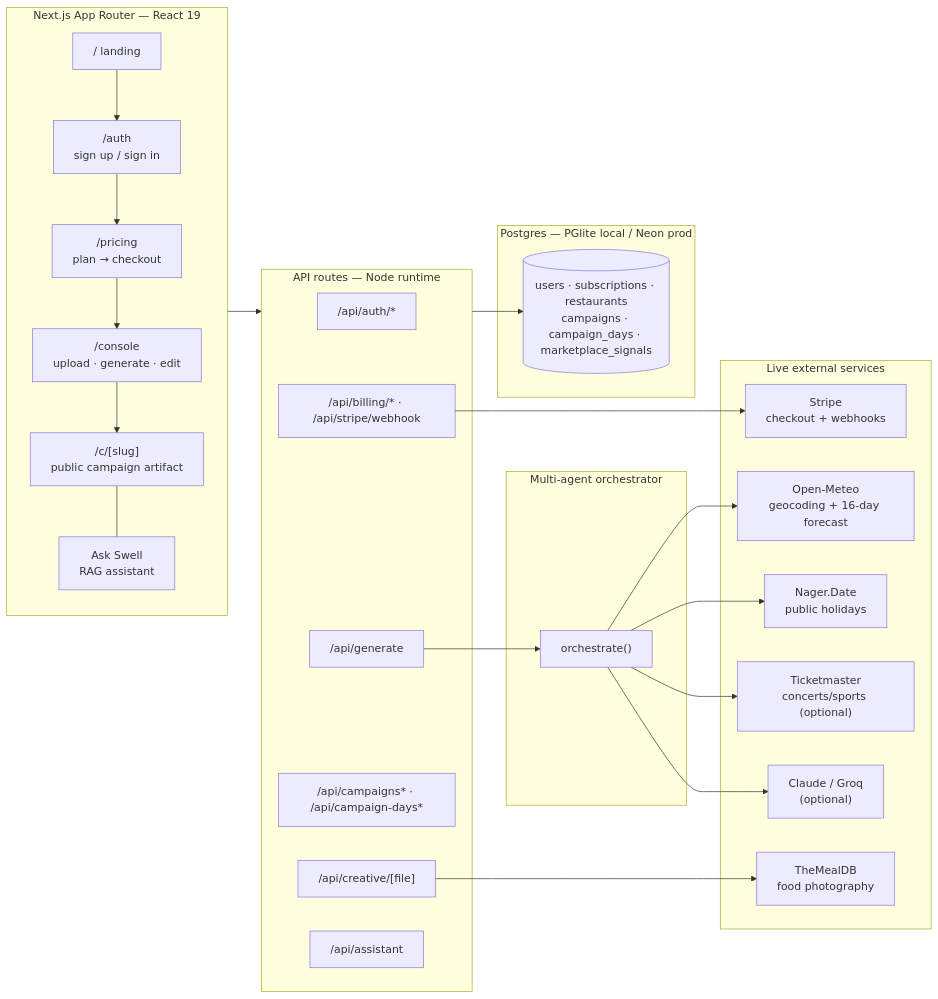
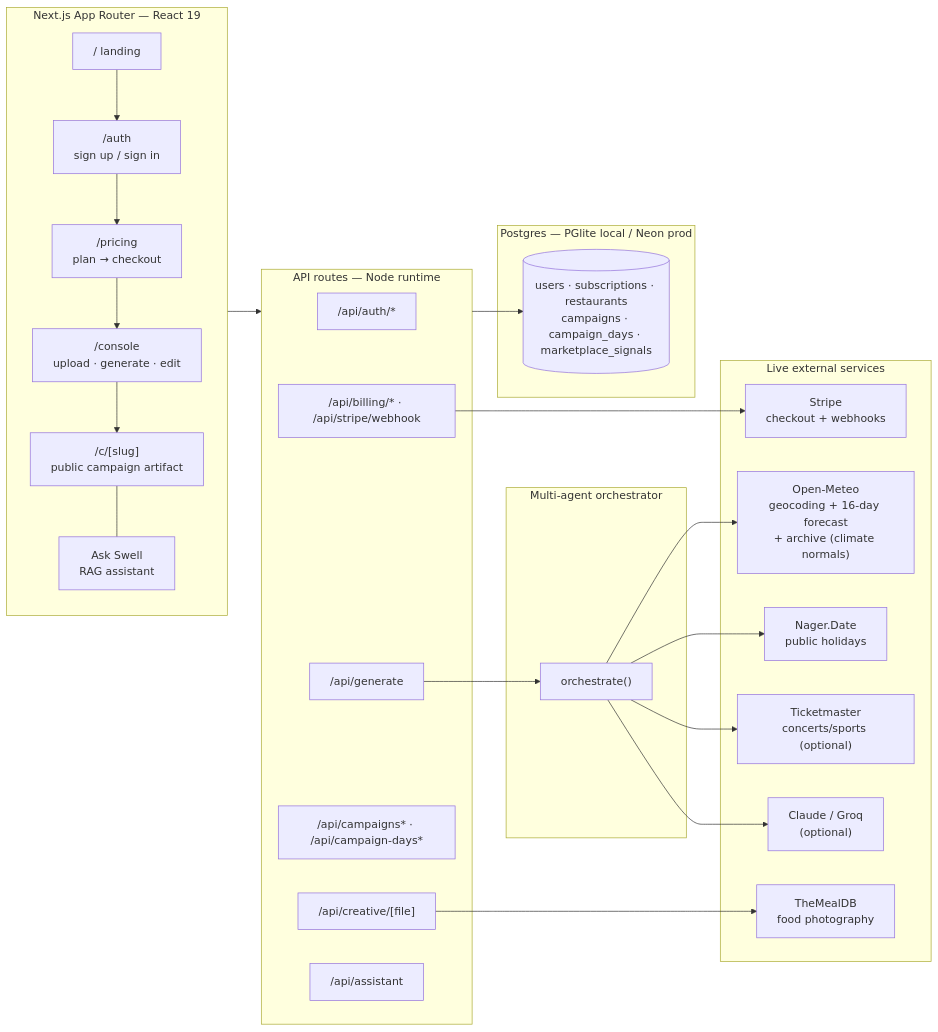
One commit to rohitdvv/swell changed the first of 4 diagrams in ARCHITECTURE.md. Above: the diagram before and after it, drawn with Mermaid. The commit also changed other lines of this file and 13 other files, not shown here.

````diff
--- a/ARCHITECTURE.md
+++ b/ARCHITECTURE.md
@@ -10,44 +10,44 @@
 ```mermaid
 flowchart LR
   subgraph Client [Next.js App Router — React 19]
     L["/ landing"] --> A["/auth<br/>sign up / sign in"]
     A --> P["/pricing<br/>plan → checkout"]
     P --> C["/console<br/>upload · generate · edit"]
     C --> ART["/c/[slug]<br/>public campaign artifact"]
     ART --- W["Ask Swell<br/>RAG assistant"]
   end
 
   subgraph API [API routes — Node runtime]
     AUTH["/api/auth/*"]
     BILL["/api/billing/* · /api/stripe/webhook"]
     GEN["/api/generate"]
     CRUD["/api/campaigns* · /api/campaign-days*"]
     CRE["/api/creative/[file]"]
     ASST["/api/assistant"]
   end
 
   subgraph Brain [Multi-agent orchestrator]
     O["orchestrate()"]
   end
 
   subgraph Data [Postgres — PGlite local / Neon prod]
     DB[(users · subscriptions · restaurants<br/>campaigns · campaign_days · marketplace_signals)]
   end
 
   subgraph External [Live external services]
-    OM["Open-Meteo<br/>geocoding + 16-day forecast"]
+    OM["Open-Meteo<br/>geocoding + 16-day forecast<br/>+ archive (climate normals)"]
     NG["Nager.Date<br/>public holidays"]
     TM["Ticketmaster<br/>concerts/sports (optional)"]
     MDB["TheMealDB<br/>food photography"]
     ST["Stripe<br/>checkout + webhooks"]
     LLM["Claude / Groq<br/>(optional)"]
   end
 
   Client --> API
   GEN --> O
   O --> OM & NG & TM
   O --> LLM
   CRE --> MDB
   BILL --> ST
   API --> DB
 ```
````
